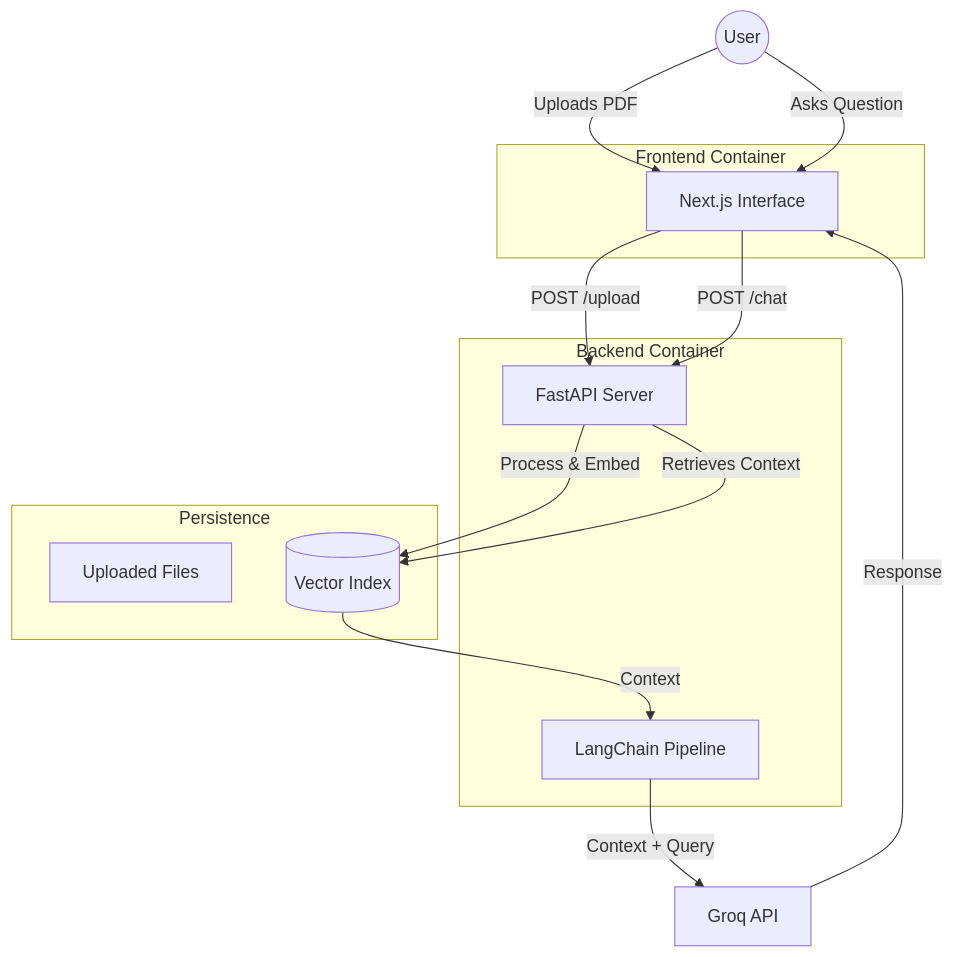
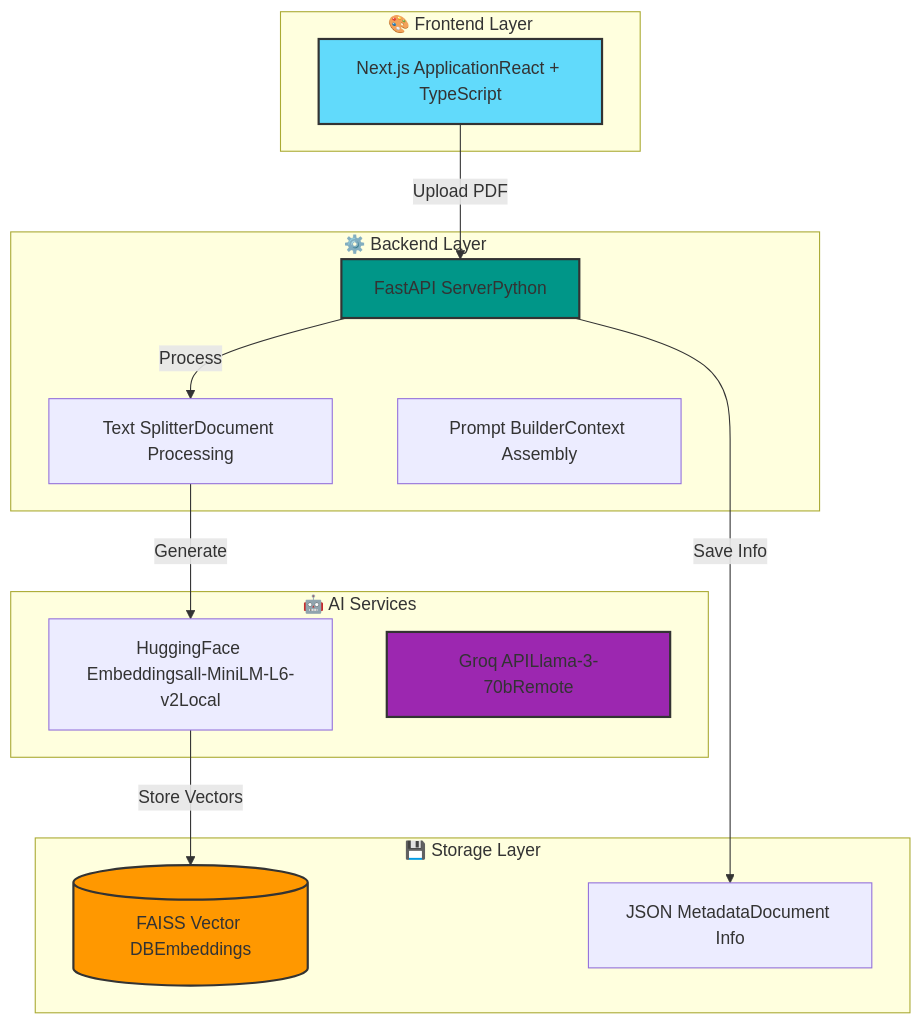
Before and after one commit to oumniya03/Projet-rag: the diagram in README.md, drawn with Mermaid.

````diff
--- a/README.md
+++ b/README.md
@@ -19,27 +22,33 @@
 ```mermaid
-graph TD
-    subgraph Frontend [Frontend Container]
-        UI[Next.js Interface]
+graph TB
+    subgraph "🎨 Frontend Layer"
+        UI[Next.js ApplicationReact + TypeScript]
     end
-
-    subgraph Backend [Backend Container]
-        API[FastAPI Server]
-        Chain[LangChain Pipeline]
+    
+    subgraph "⚙️ Backend Layer"
+        API[FastAPI ServerPython]
+        Splitter[Text SplitterDocument Processing]
+        Prompt[Prompt BuilderContext Assembly]
     end
-
-    subgraph Data [Persistence]
-        PDFs[Uploaded Files]
-        FAISS[(Vector Index)]
+    
+    subgraph "💾 Storage Layer"
+        FAISS[(FAISS Vector DBEmbeddings)]
+        META[JSON MetadataDocument Info]
     end
-
-    User((User)) -->|Uploads PDF| UI
-    UI -->|POST /upload| API
-    API -->|Process & Embed| FAISS
-
-    User -->|Asks Question| UI
-    UI -->|POST /chat| API
-    API -->|Retrieves Context| FAISS
-    FAISS -->|Context| Chain
-    Chain -->|Context + Query| Groq[Groq API]
-    Groq -->|Response| UI
+    
+    subgraph "🤖 AI Services"
+        EMB[HuggingFace Embeddingsall-MiniLM-L6-v2Local]
+        LLM[Groq APILlama-3-70bRemote]
+    end
+    
+    UI -->|Upload PDF| API
+    API -->|Process| Splitter
+    Splitter -->|Generate| EMB
+    EMB -->|Store Vectors| FAISS
+    API -->|Save Info| META
+    
+    style UI fill:#61dafb,stroke:#333,stroke-width:2px
+    style API fill:#009688,stroke:#333,stroke-width:2px
+    style FAISS fill:#ff9800,stroke:#333,stroke-width:2px
+    style LLM fill:#9c27b0,stroke:#333,stroke-width:2px
 ```
````
